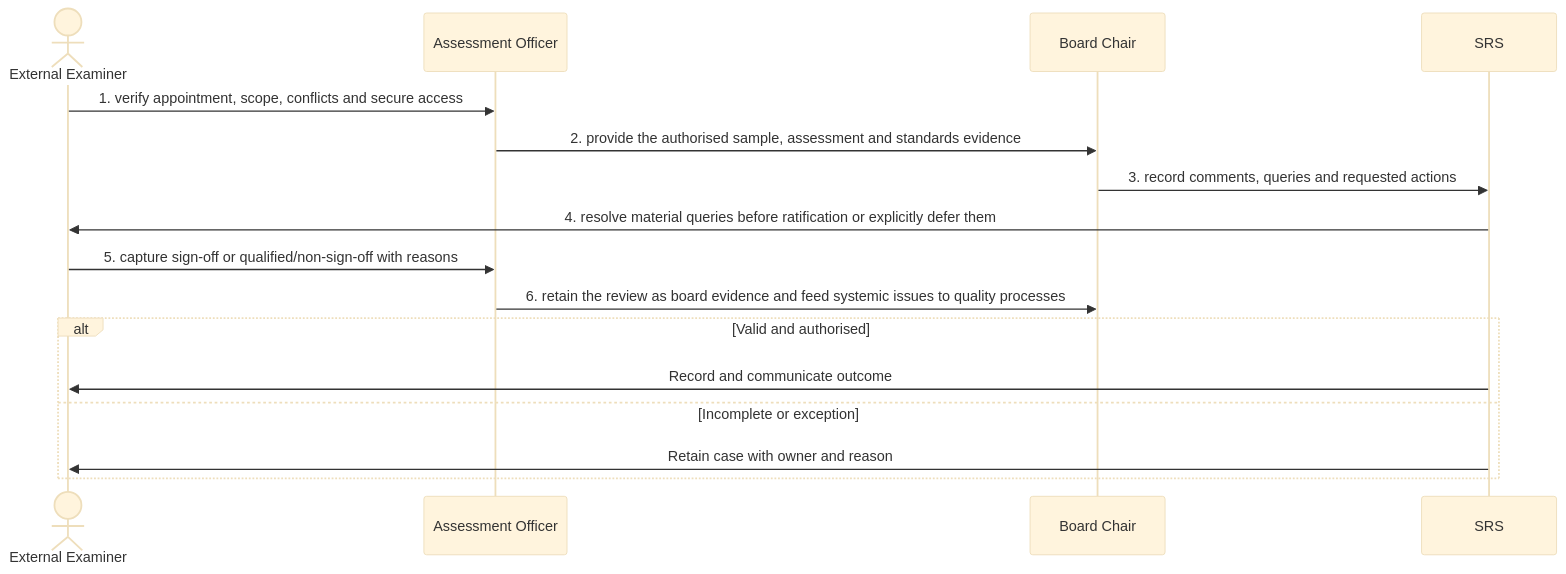
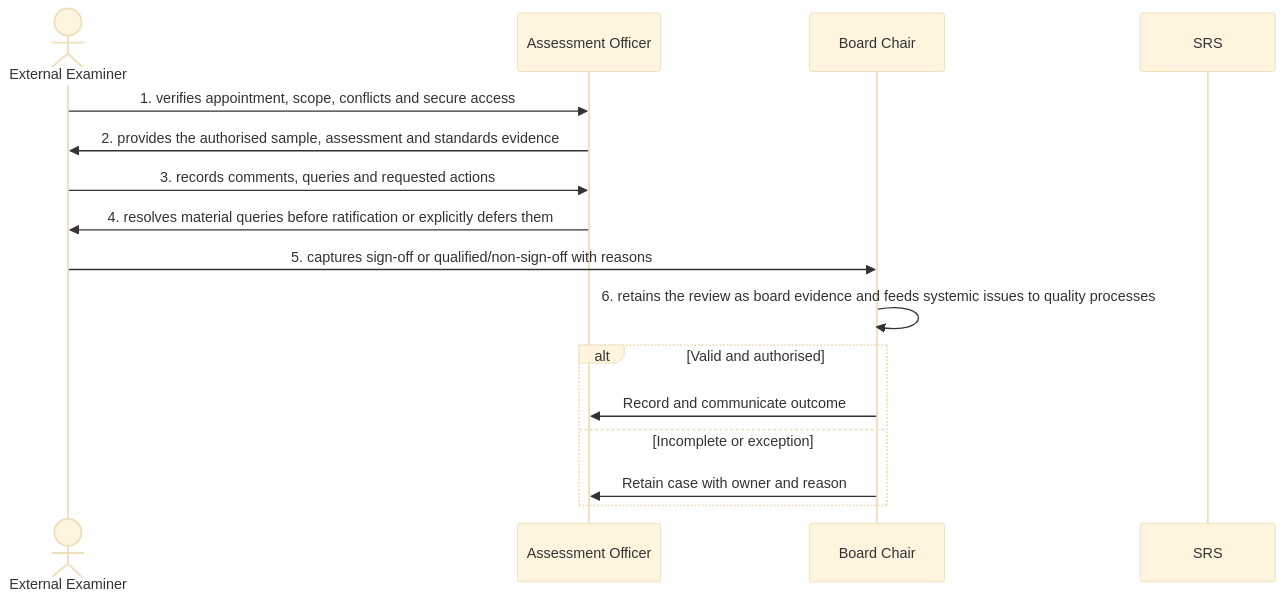
One commit to RevelationCore/Revelation-SRS changed the diagram in docs/business-processes/05-assessment-and-results/bp-05-008-complete-external-examiner-review.md. Above: the diagram before and after it, drawn with Mermaid (base theme). The commit also changed other lines of this file and 96 other files, not shown here.

````diff
--- a/docs/business-processes/05-assessment-and-results/bp-05-008-complete-external-examiner-review.md
+++ b/docs/business-processes/05-assessment-and-results/bp-05-008-complete-external-examiner-review.md
@@ -159,18 +159,18 @@
 ```mermaid
 sequenceDiagram
     actor A1 as External Examiner
     participant A2 as Assessment Officer
     participant A3 as Board Chair
     participant A4 as SRS
-    A1->>A2: 1. verify appointment, scope, conflicts and secure access
-    A2->>A3: 2. provide the authorised sample, assessment and standards evidence
-    A3->>A4: 3. record comments, queries and requested actions
-    A4->>A1: 4. resolve material queries before ratification or explicitly defer them
-    A1->>A2: 5. capture sign-off or qualified/non-sign-off with reasons
-    A2->>A3: 6. retain the review as board evidence and feed systemic issues to quality processes
+    A1->>A2: 1. verifies appointment, scope, conflicts and secure access
+    A2->>A1: 2. provides the authorised sample, assessment and standards evidence
+    A1->>A2: 3. records comments, queries and requested actions
+    A2->>A1: 4. resolves material queries before ratification or explicitly defers them
+    A1->>A3: 5. captures sign-off or qualified/non-sign-off with reasons
+    A3->>A3: 6. retains the review as board evidence and feeds systemic issues to quality processes
     alt Valid and authorised
-        A4->>A1: Record and communicate outcome
+        A3->>A2: Record and communicate outcome
     else Incomplete or exception
-        A4->>A1: Retain case with owner and reason
+        A3->>A2: Retain case with owner and reason
     end
 ```
````
